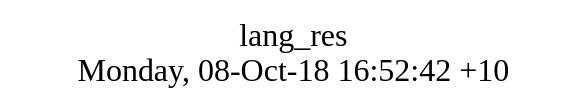
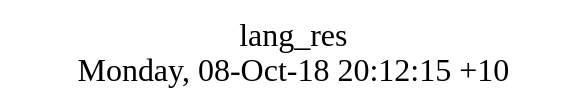
The diagram in src/lang_res/struct.dot (AplaProject/apps), drawn with Graphviz before and after one commit. The commit also changed 5 other files, not shown here.

```diff
--- a/src/lang_res/struct.dot
+++ b/src/lang_res/struct.dot
@@ -1,8 +1,8 @@
 digraph G {
 fontsize="24";
-label="lang_res\nMonday, 08-Oct-18 16:52:42 +10";
+label="lang_res\nMonday, 08-Oct-18 20:12:15 +10";
 nojustify=true;
 ordering=out;
 rankdir=LR;
 size="30";
 }
```
